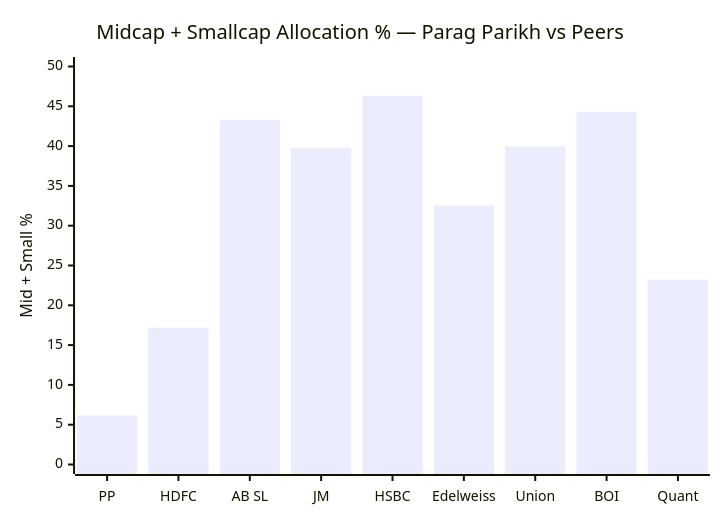
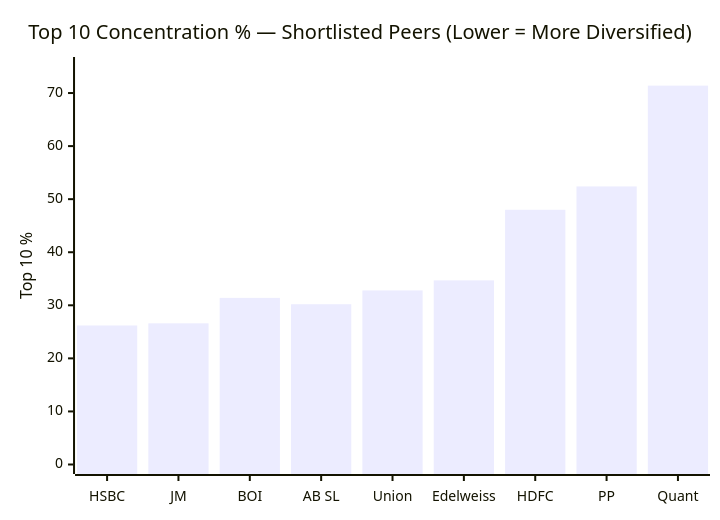
The tenth of 14 diagrams in Mutual Fund/FlexiCap/funds/parag_parikh/module3_portfolio.md (mayankutkarsh334/Investment), drawn with Mermaid before and after one commit. The commit also changed other lines of this file and 4 other files, not shown here.

First line of the commit message:
feat: complete deep-study modules 2–6 for Parag Parikh Flexi Cap Fund

````diff
--- a/Mutual Fund/FlexiCap/funds/parag_parikh/module3_portfolio.md
+++ b/Mutual Fund/FlexiCap/funds/parag_parikh/module3_portfolio.md
@@ -42,7 +178,7 @@
 ```mermaid
 xychart-beta
-    title "Midcap + Smallcap Allocation % — Parag Parikh vs Peers"
-    x-axis ["PP", "HDFC", "AB SL", "JM", "HSBC", "Edelweiss", "Union", "BOI", "Quant"]
-    y-axis "Mid + Small %" 0 --> 50
-    bar [6.15, 17.17, 43.27, 39.79, 46.29, 32.53, 39.96, 44.30, 23.20]
+    title "Top 10 Concentration % — Shortlisted Peers (Lower = More Diversified)"
+    x-axis ["HSBC", "JM", "BOI", "AB SL", "Union", "Edelweiss", "HDFC", "PP", "Quant"]
+    y-axis "Top 10 %" 0 --> 75
+    bar [26.2, 26.6, 31.4, 30.2, 32.8, 34.7, 48.0, 52.4, 71.4]
 ```
````
